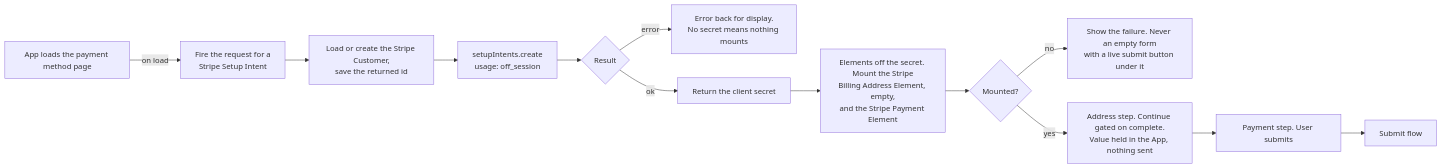
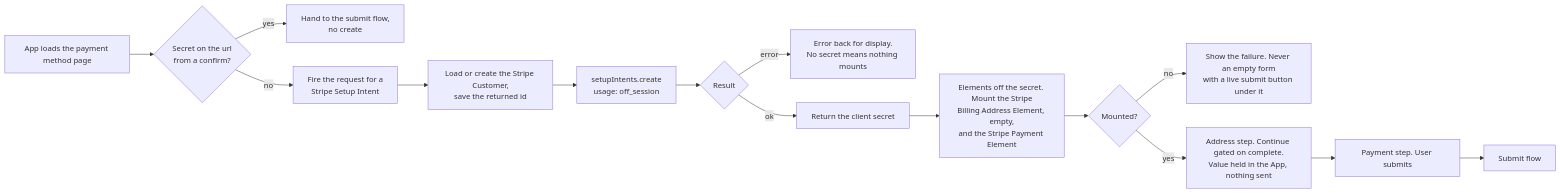
One commit to websanova/starter-flows changed the diagram in public/specs/flows/payment-method/stripe/Update1Collect.md. Above: the diagram before and after it, drawn with Mermaid. The commit also changed other lines of this file and 1 other file, not shown here.

Commit message:
Bit more clean up on pm update flows.

````diff
--- a/public/specs/flows/payment-method/stripe/Update1Collect.md
+++ b/public/specs/flows/payment-method/stripe/Update1Collect.md
@@ -45,15 +46,17 @@
 ```mermaid
 flowchart LR
-    A[App loads the payment method page] -->|on load| B[Fire the request for a<br/>Stripe Setup Intent]
+    A[App loads the payment method page] --> A1{Secret on the url<br/>from a confirm?}
+    A1 -->|yes| A2[Hand to the submit flow,<br/>no create]
+    A1 -->|no| B[Fire the request for a<br/>Stripe Setup Intent]
     B --> C[Load or create the Stripe Customer,<br/>save the returned id]
     C --> D["setupIntents.create<br/>usage: off_session"]
     D --> D1{Result}
     D1 -->|error| D2[Error back for display.<br/>No secret means nothing mounts]
     D1 -->|ok| E[Return the client secret]
     E --> F["Elements off the secret. Mount the Stripe<br/>Billing Address Element, empty,<br/>and the Stripe Payment Element"]
     F --> F1{Mounted?}
     F1 -->|no| F2[Show the failure. Never an empty form<br/>with a live submit button under it]
     F1 -->|yes| G[Address step. Continue gated on complete.<br/>Value held in the App, nothing sent]
     G --> H[Payment step. User submits]
     H --> I[Submit flow]
 ```
````
